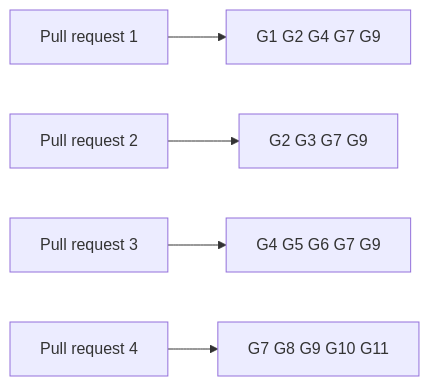
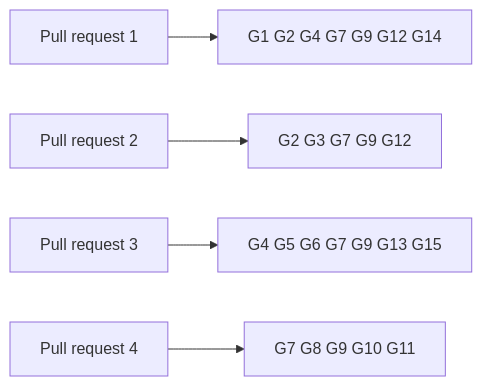
One commit to lambdasistemi/singular changed the diagram in specs/742-create-register-no-pin/gate.md. Above: the diagram before and after it, drawn with Mermaid. The commit also changed other lines of this file and 1 other file, not shown here.

````diff
--- a/specs/742-create-register-no-pin/gate.md
+++ b/specs/742-create-register-no-pin/gate.md
@@ -34,7 +38,7 @@
 ```mermaid
 flowchart LR
-    P1[Pull request 1] --> R1[G1 G2 G4 G7 G9]
-    P2[Pull request 2] --> R2[G2 G3 G7 G9]
-    P3[Pull request 3] --> R3[G4 G5 G6 G7 G9]
+    P1[Pull request 1] --> R1[G1 G2 G4 G7 G9 G12 G14]
+    P2[Pull request 2] --> R2[G2 G3 G7 G9 G12]
+    P3[Pull request 3] --> R3[G4 G5 G6 G7 G9 G13 G15]
     P4[Pull request 4] --> R4[G7 G8 G9 G10 G11]
 ```
````
